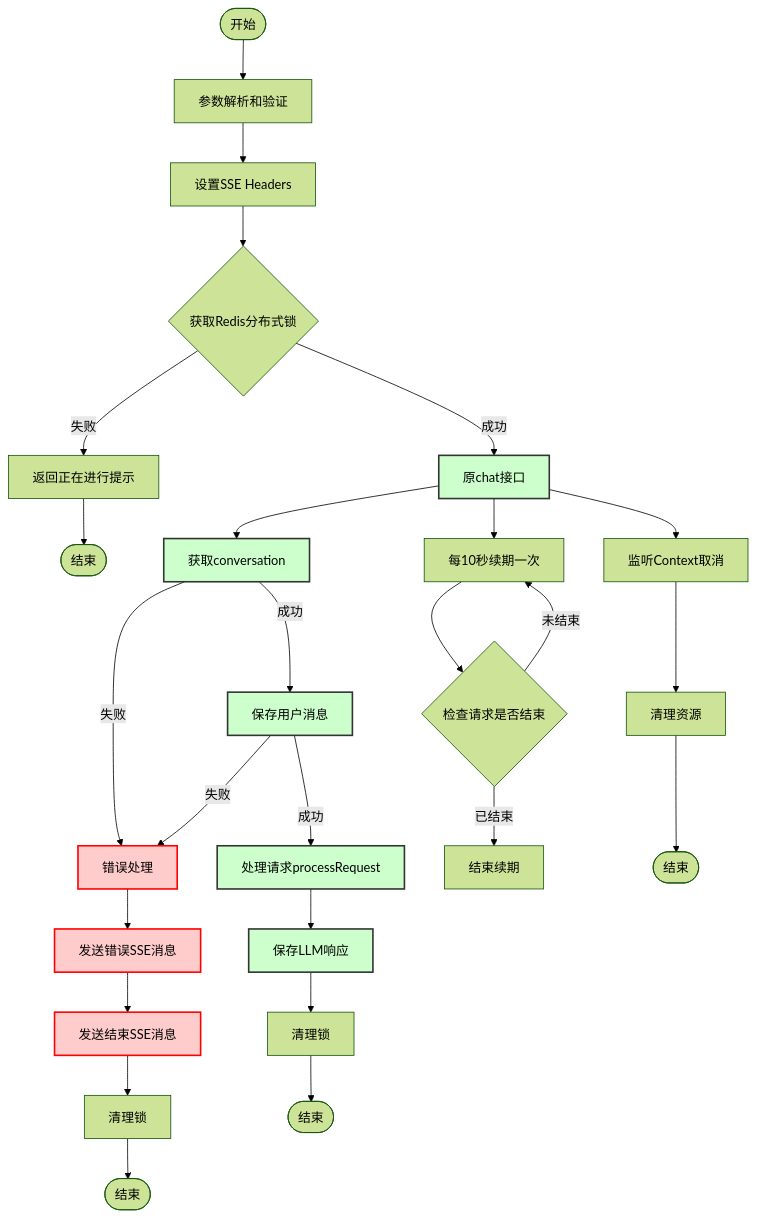
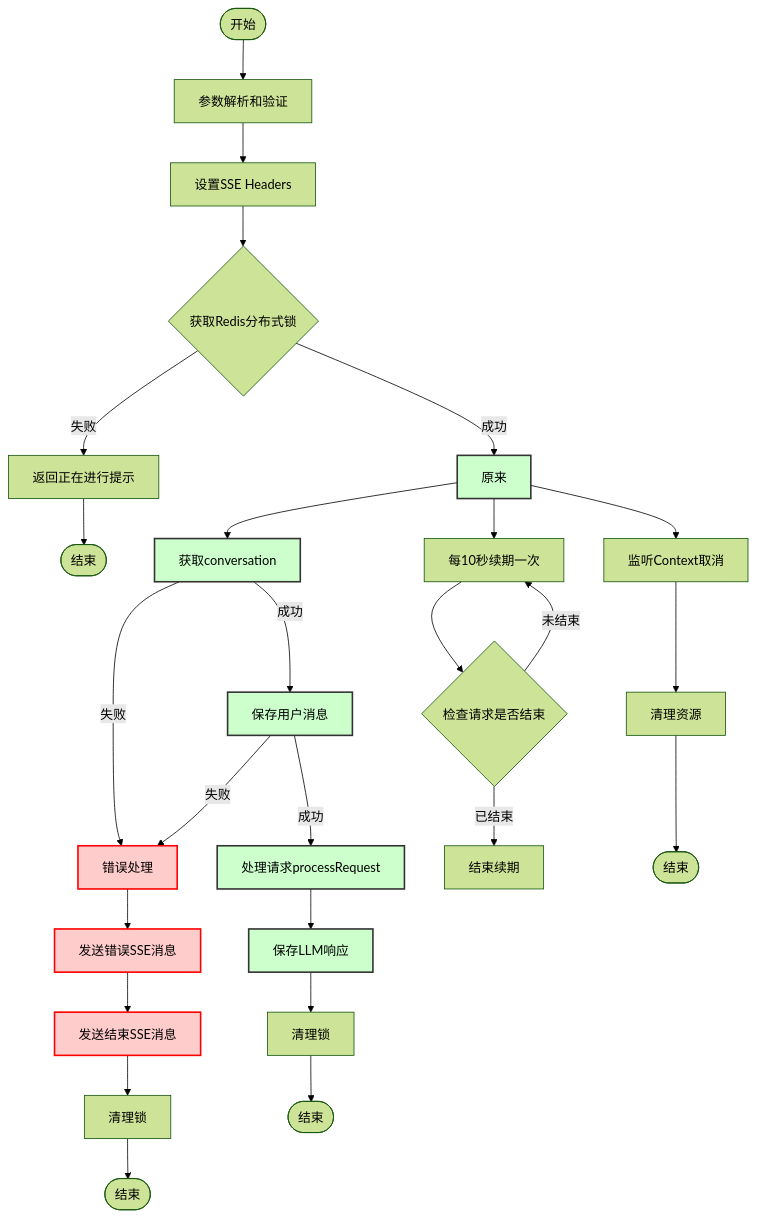
One commit to yingjianzh/iodraw-files changed the diagram in all/未命名-15.md. Above: the diagram before and after it, drawn with Mermaid (forest theme).

Commit message:
2025-01-02 17:40:44 update

````diff
--- a/all/未命名-15.md
+++ b/all/未命名-15.md
@@ -1,46 +1,46 @@
 ```mermaid
 flowchart TD
     Start([开始]) --> A[参数解析和验证]
     A --> B[设置SSE Headers]
     B --> C{获取Redis分布式锁}
     
     C -->|失败| D[返回正在进行提示]
     D --> End1([结束])
     
-    C -->|成功| E[原chat接口]
+    C -->|成功| E[原来]
     E --> F[获取conversation]
     
     F -->|失败| G[错误处理]
     F -->|成功| H[保存用户消息]
     
     H -->|失败| G[错误处理]
     H -->|成功| I[处理请求processRequest]
     
     I --> J[保存LLM响应]
     
     %% 错误处理流程
     G --> K[发送错误SSE消息]
     K --> L[发送结束SSE消息]
     L --> M[清理锁]
     M --> End2([结束])
     
     %% 正常结束流程
     J --> N[清理锁]
     N --> End3([结束])
     
     %% 锁续期协程
     E --> O[每10秒续期一次]
     O --> P{检查请求是否结束}
     P -->|未结束| O
     P -->|已结束| Q[结束续期]
     
     %% Context取消监听
     E --> R[监听Context取消]
     R --> S[清理资源]
     S --> End4([结束])
     
     classDef error fill:#ffcccc,stroke:#ff0000,stroke-width:2px
     classDef normal fill:#ccffcc,stroke:#333,stroke-width:2px
     class G,K,L error
     class E,F,H,I,J normal
 ```
````
